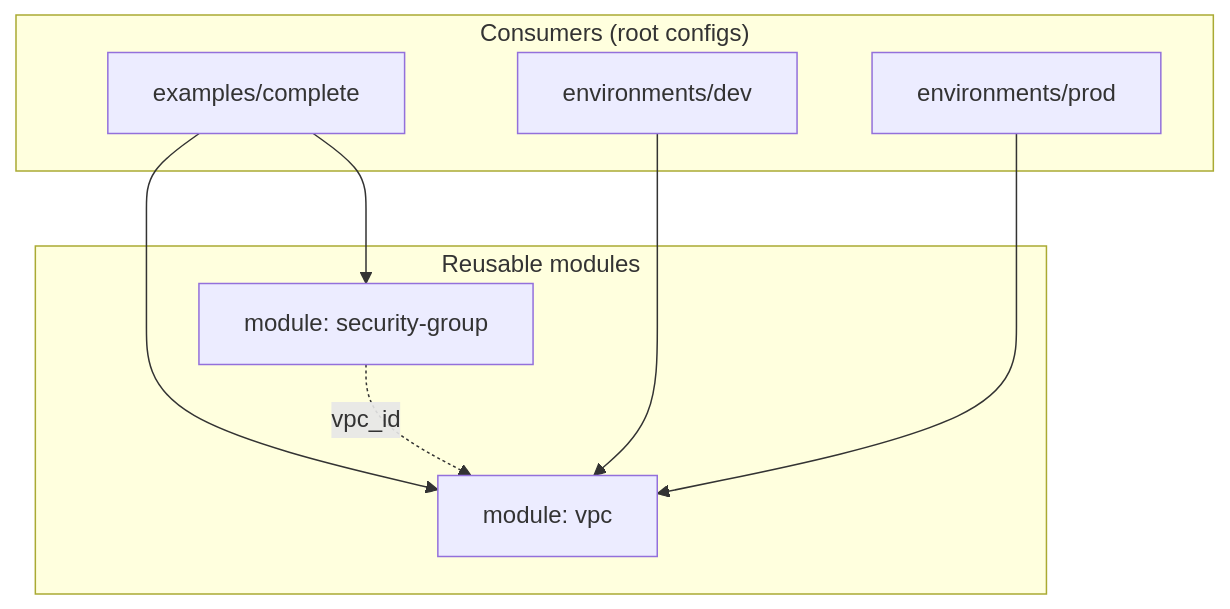
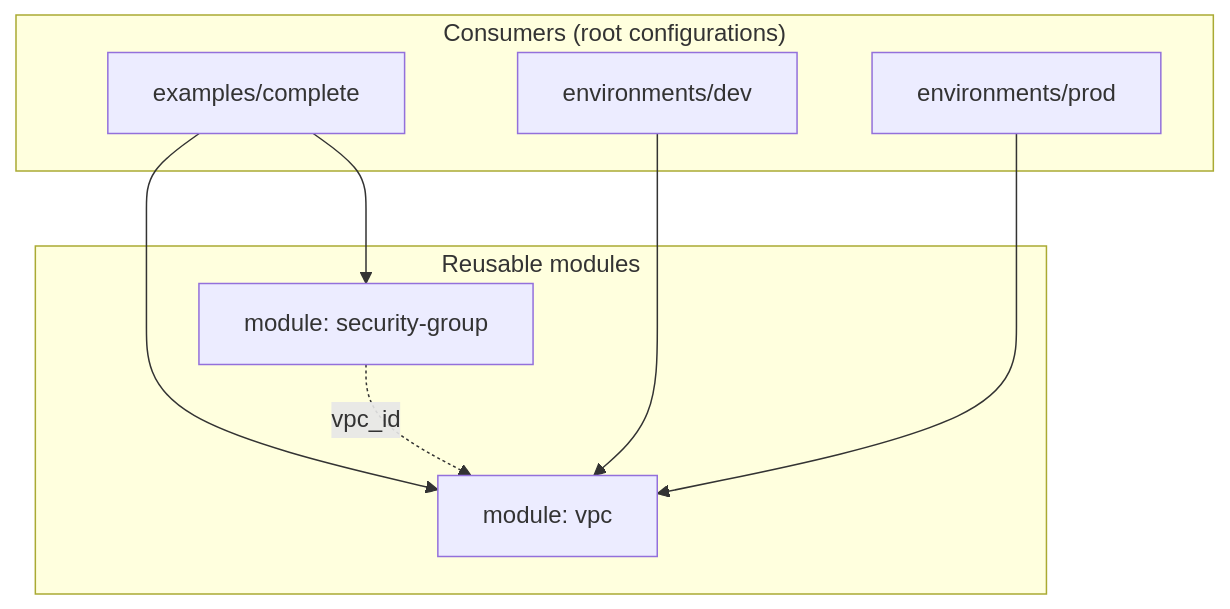
Before and after one commit to deba310984/aws-terraform-modules: the diagram in README.md, drawn with Mermaid. The commit also changed other lines of this file, not shown here.

````diff
--- a/README.md
+++ b/README.md
@@ -35,17 +29,17 @@
 ```mermaid
 flowchart TB
-    subgraph consumers["Consumers (root configs)"]
+    subgraph consumers["Consumers (root configurations)"]
         ex[examples/complete]
         dev[environments/dev]
         prod[environments/prod]
     end
     subgraph modules["Reusable modules"]
         vpc[module: vpc]
         sg[module: security-group]
     end
     ex --> vpc
     ex --> sg
     dev --> vpc
     prod --> vpc
     sg -. vpc_id .-> vpc
 ```
````
